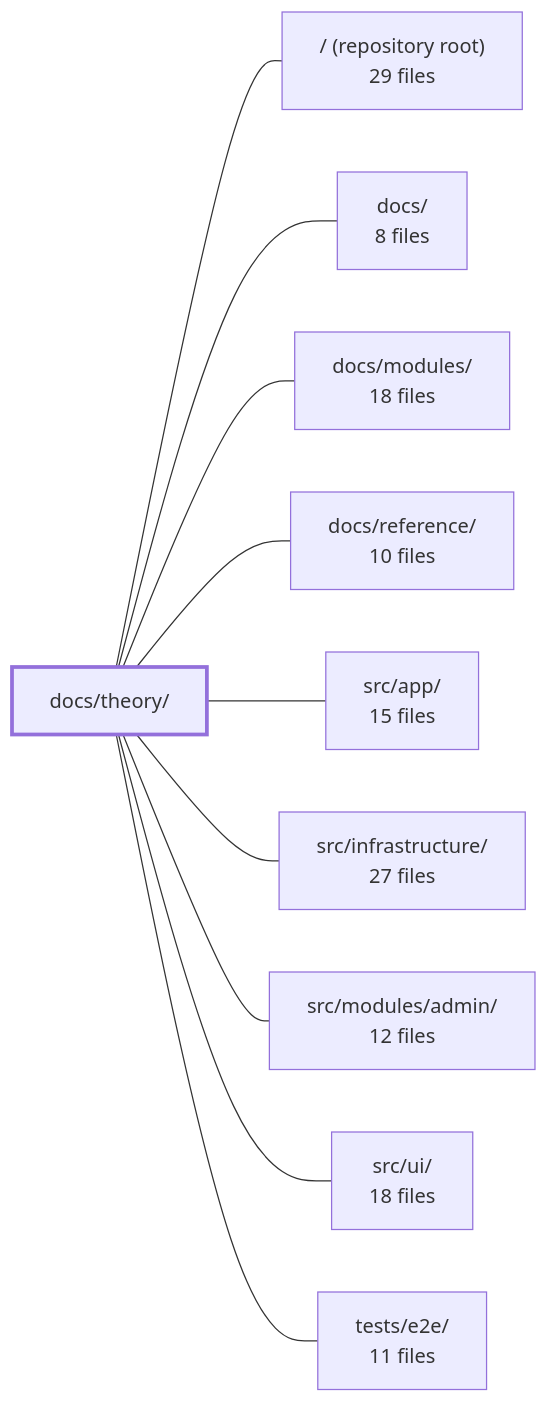
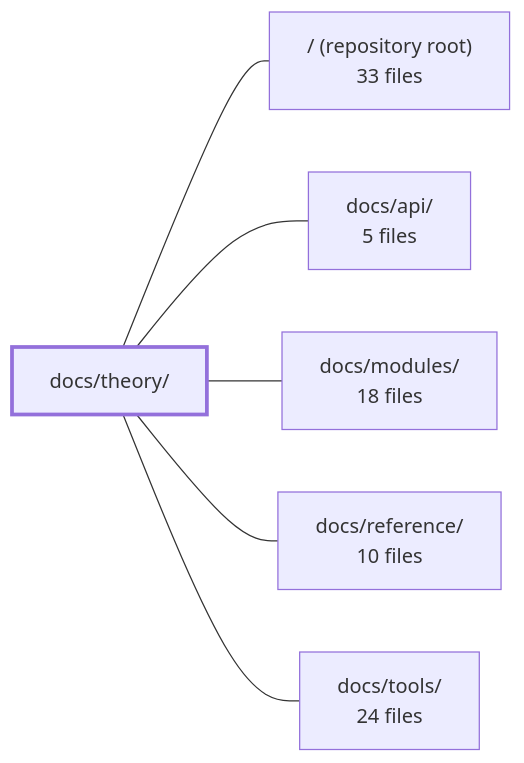
Before and after one commit to Guebbit/boilerplate-vue-frontend: the diagram in .2repo/modules/boilerplate-vue-frontend_docs_theory.md, drawn with Mermaid. The commit also changed other lines of this file and 335 other files, not shown here.

````diff
--- a/.2repo/modules/boilerplate-vue-frontend_docs_theory.md
+++ b/.2repo/modules/boilerplate-vue-frontend_docs_theory.md
@@ -41,23 +40,15 @@
 ```mermaid
 flowchart LR
     m_docs_theory["docs/theory/"]
-    m_root["/ (repository root)<br/>29 files"]
-    m_docs["docs/<br/>8 files"]
+    m_root["/ (repository root)<br/>33 files"]
+    m_docs_api["docs/api/<br/>5 files"]
     m_docs_modules["docs/modules/<br/>18 files"]
     m_docs_reference["docs/reference/<br/>10 files"]
-    m_src_app["src/app/<br/>15 files"]
-    m_src_infrastructure["src/infrastructure/<br/>27 files"]
-    m_src_modules_admin["src/modules/admin/<br/>12 files"]
-    m_src_ui["src/ui/<br/>18 files"]
-    m_tests_e2e["tests/e2e/<br/>11 files"]
+    m_docs_tools["docs/tools/<br/>24 files"]
     m_docs_theory --- m_root
-    m_docs_theory --- m_docs
+    m_docs_theory --- m_docs_api
     m_docs_theory --- m_docs_modules
     m_docs_theory --- m_docs_reference
-    m_docs_theory --- m_src_app
-    m_docs_theory --- m_src_infrastructure
-    m_docs_theory --- m_src_modules_admin
-    m_docs_theory --- m_src_ui
-    m_docs_theory --- m_tests_e2e
+    m_docs_theory --- m_docs_tools
     style m_docs_theory stroke-width:3px
 ```
````
